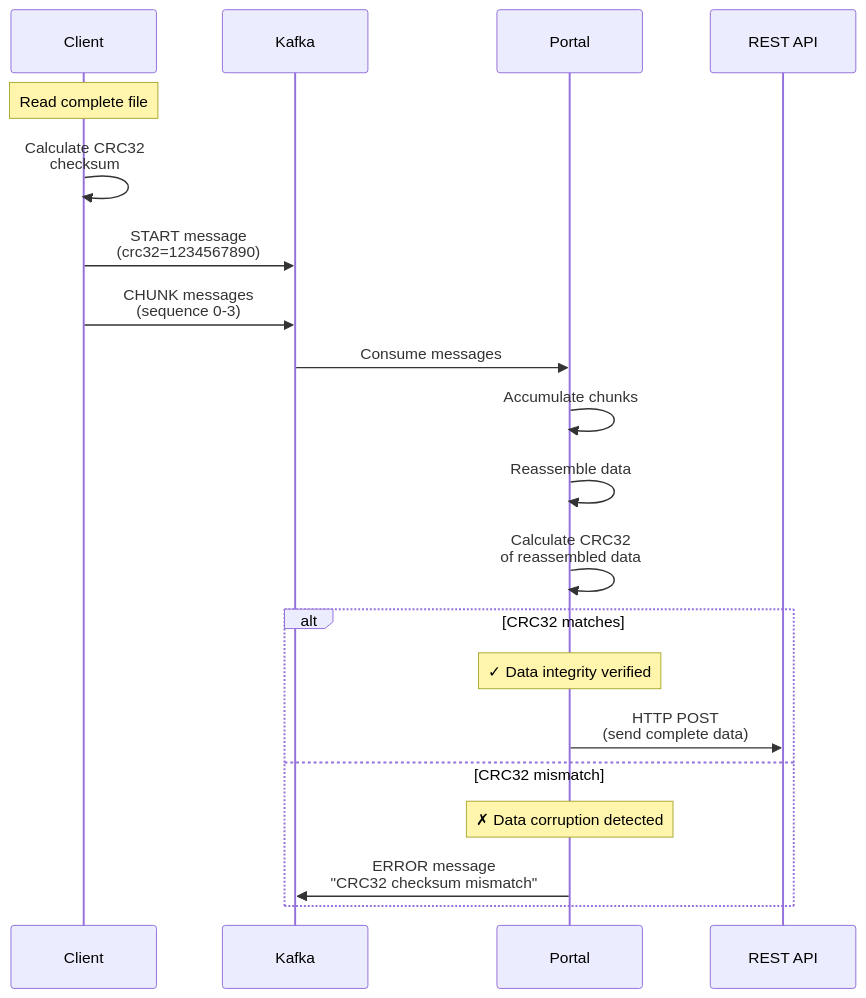
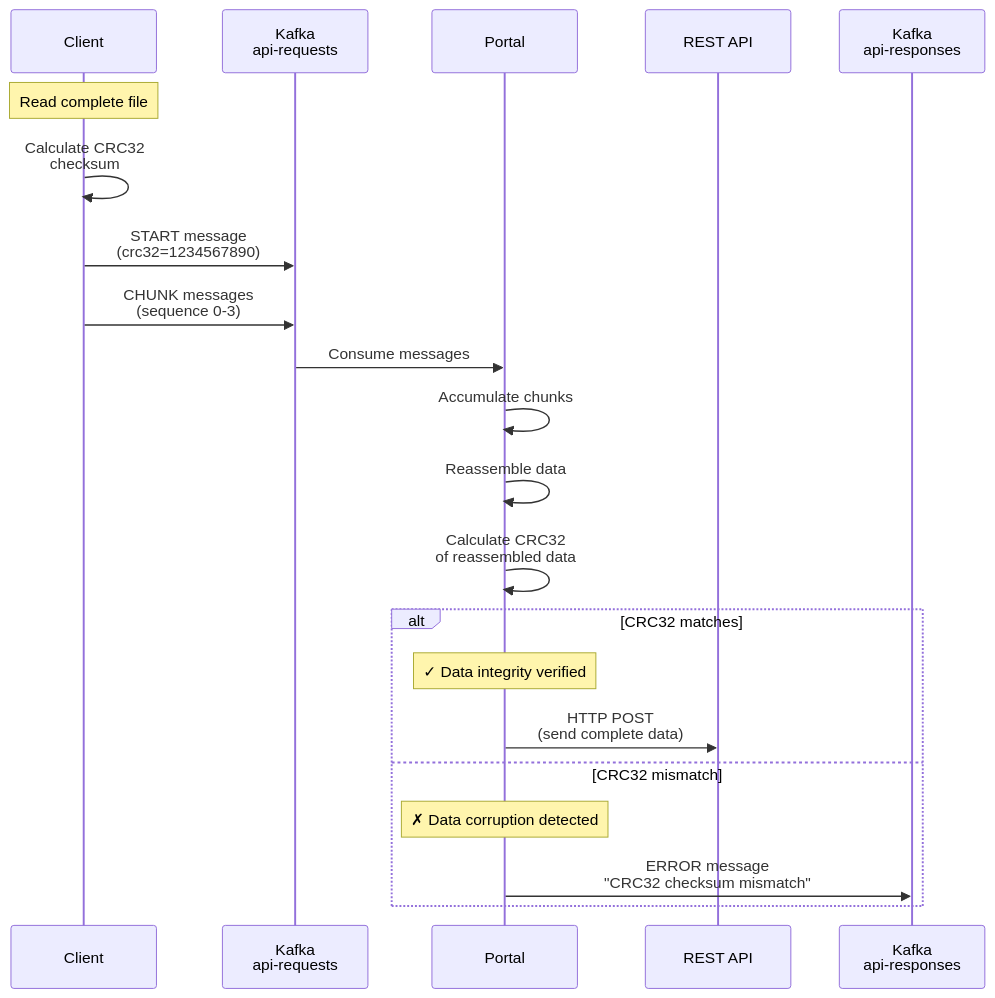
Before and after one commit to oshea00/kafkasend: the third of 12 diagrams in PROTOCOL.md, drawn with Mermaid. The commit also changed other lines of this file and 1 other file, not shown here.

````diff
--- a/PROTOCOL.md
+++ b/PROTOCOL.md
@@ -144,25 +144,26 @@
 ```mermaid
 sequenceDiagram
     participant C as Client
-    participant K as Kafka
+    participant KReq as Kafka<br/>api-requests
     participant P as Portal
     participant A as REST API
+    participant KResp as Kafka<br/>api-responses
 
     Note over C: Read complete file
     C->>C: Calculate CRC32<br/>checksum
-    C->>K: START message<br/>(crc32=1234567890)
-    C->>K: CHUNK messages<br/>(sequence 0-3)
+    C->>KReq: START message<br/>(crc32=1234567890)
+    C->>KReq: CHUNK messages<br/>(sequence 0-3)
 
-    K->>P: Consume messages
+    KReq->>P: Consume messages
     P->>P: Accumulate chunks
     P->>P: Reassemble data
     P->>P: Calculate CRC32<br/>of reassembled data
 
     alt CRC32 matches
         Note over P: ✓ Data integrity verified
         P->>A: HTTP POST<br/>(send complete data)
     else CRC32 mismatch
         Note over P: ✗ Data corruption detected
-        P->>K: ERROR message<br/>"CRC32 checksum mismatch"
+        P->>KResp: ERROR message<br/>"CRC32 checksum mismatch"
     end
 ```
````
